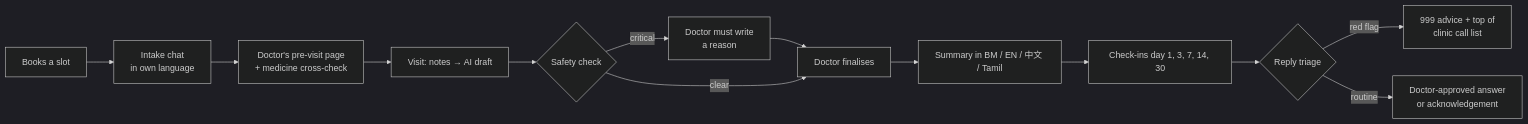
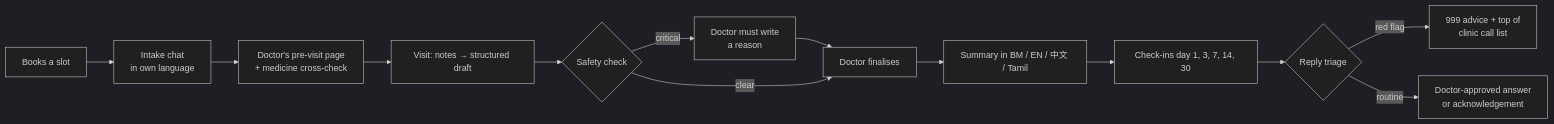
Before and after one commit to tanhongsheng050204-code/KHABAR-HEALTHCARE: the fourth of 5 diagrams in README.md, drawn with Mermaid (dark theme). The commit also changed other lines of this file and 86 other files, not shown here.

````diff
--- a/README.md
+++ b/README.md
@@ -168,15 +168,15 @@
 ```mermaid
 flowchart LR
   B[Books a slot] --> I[Intake chat<br/>in own language]
   I --> PV[Doctor's pre-visit page<br/>+ medicine cross-check]
-  PV --> V[Visit: notes → AI draft]
+  PV --> V[Visit: notes → structured draft]
   V --> S{Safety check}
   S -- critical --> R[Doctor must write<br/>a reason]
   R --> F
   S -- clear --> F[Doctor finalises]
   F --> SUM[Summary in BM / EN / 中文 / Tamil]
   SUM --> CI[Check-ins day 1, 3, 7, 14, 30]
   CI --> T{Reply triage}
   T -- red flag --> E[999 advice + top of<br/>clinic call list]
   T -- routine --> A[Doctor-approved answer<br/>or acknowledgement]
 ```
````
